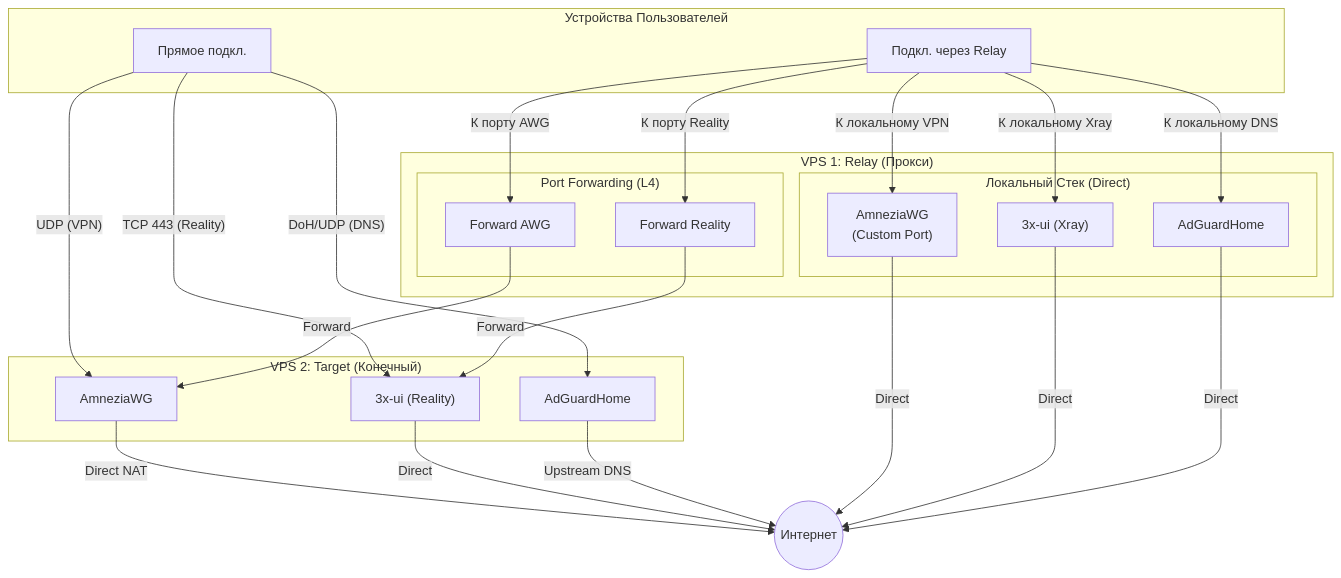
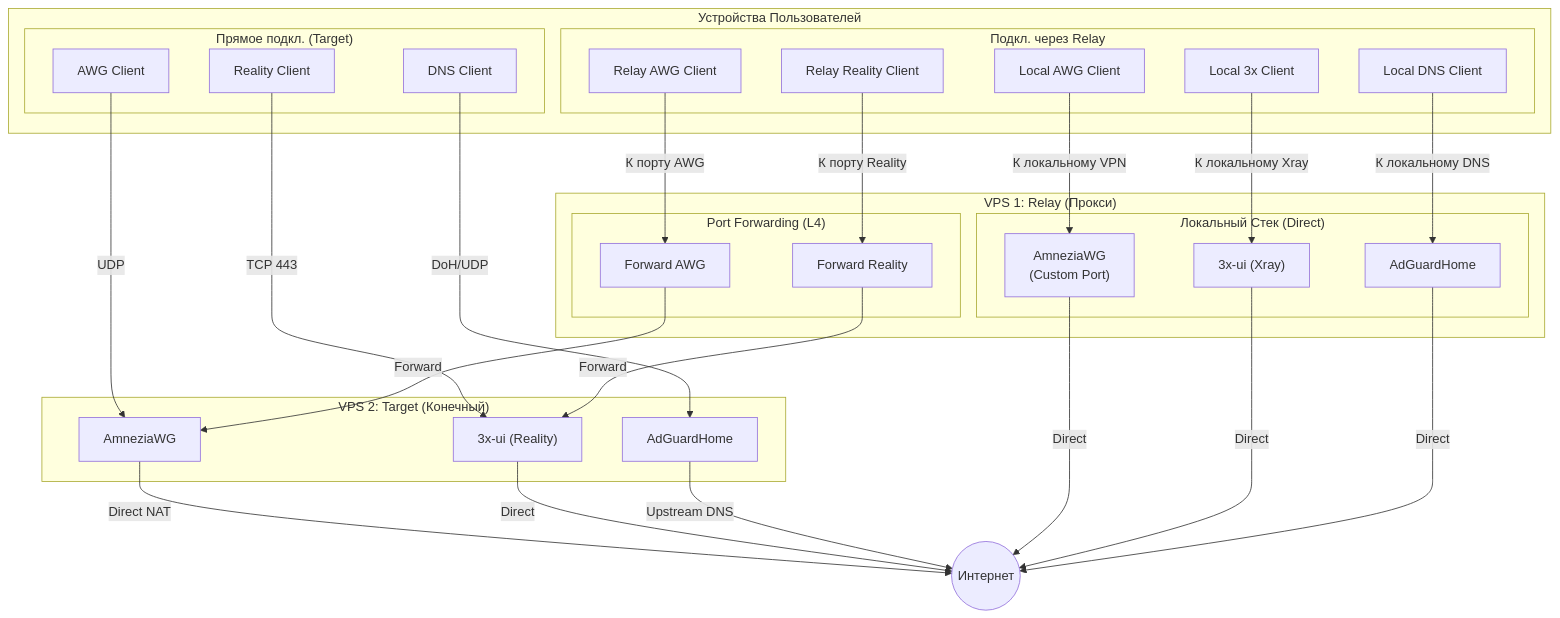
Before and after one commit to SpIvanM/3x-awg-adg-bundle: the diagram in AGENTS.md, drawn with Mermaid.

Commit message:
docs: separate client nodes for each connection path in topology diagram

````diff
--- a/AGENTS.md
+++ b/AGENTS.md
@@ -55,51 +55,62 @@
 ```mermaid
 graph TD
     subgraph Clients ["Устройства Пользователей"]
-        U_Dir["Прямое подкл."]
-        U_Rel["Подкл. через Relay"]
+        subgraph CDir ["Прямое подкл. (Target)"]
+            U_Dir_AWG["AWG Client"]
+            U_Dir_XR["Reality Client"]
+            U_Dir_DNS["DNS Client"]
+        end
+        
+        subgraph CRel ["Подкл. через Relay"]
+            U_Rel_AWG["Relay AWG Client"]
+            U_Rel_XR["Relay Reality Client"]
+            U_Rel_LAWG["Local AWG Client"]
+            U_Rel_LXR["Local 3x Client"]
+            U_Rel_LDNS["Local DNS Client"]
+        end
     end
 
     subgraph RelayVPS ["VPS 1: Relay (Прокси)"]
         subgraph PF ["Port Forwarding (L4)"]
             PF_AWG["Forward AWG"]
             PF_XR["Forward Reality"]
         end
         
         subgraph RLoc ["Локальный Стек (Direct)"]
             RAWG["AmneziaWG <br/>(Custom Port)"]
             RXR["3x-ui (Xray)"]
             RAGH["AdGuardHome"]
         end
     end
 
     subgraph TargetVPS ["VPS 2: Target (Конечный)"]
         TAWG["AmneziaWG"]
         TXR["3x-ui (Reality)"]
         TAGH["AdGuardHome"]
     end
 
     Net(("Интернет"))
 
     %% Connections to Target (Direct)
-    U_Dir -->|"UDP (VPN)"| TAWG
-    U_Dir -->|"TCP 443 (Reality)"| TXR
-    U_Dir -->|"DoH/UDP (DNS)"| TAGH
+    U_Dir_AWG -->|"UDP"| TAWG
+    U_Dir_XR -->|"TCP 443"| TXR
+    U_Dir_DNS -->|"DoH/UDP"| TAGH
     
     TAWG -->|"Direct NAT"| Net
     TXR -->|"Direct"| Net
     TAGH -->|"Upstream DNS"| Net
 
     %% Connections to Relay
-    U_Rel -->|"К порту AWG"| PF_AWG
-    U_Rel -->|"К порту Reality"| PF_XR
-    U_Rel -->|"К локальному VPN"| RAWG
-    U_Rel -->|"К локальному Xray"| RXR
-    U_Rel -->|"К локальному DNS"| RAGH
+    U_Rel_AWG -->|"К порту AWG"| PF_AWG
+    U_Rel_XR -->|"К порту Reality"| PF_XR
+    U_Rel_LAWG -->|"К локальному VPN"| RAWG
+    U_Rel_LXR -->|"К локальному Xray"| RXR
+    U_Rel_LDNS -->|"К локальному DNS"| RAGH
 
     PF_AWG -->|"Forward"| TAWG
     PF_XR -->|"Forward"| TXR
     
     RAWG -->|"Direct"| Net
     RXR -->|"Direct"| Net
     RAGH -->|"Direct"| Net
 ```
````
